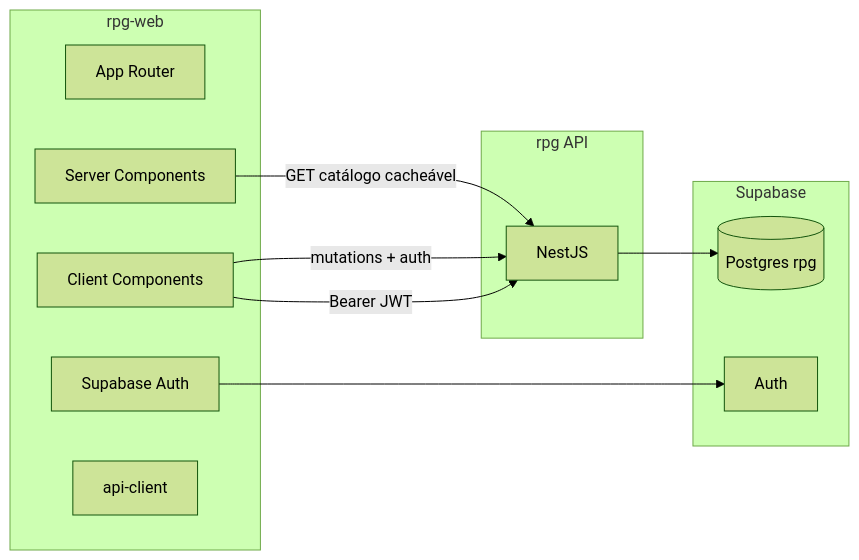
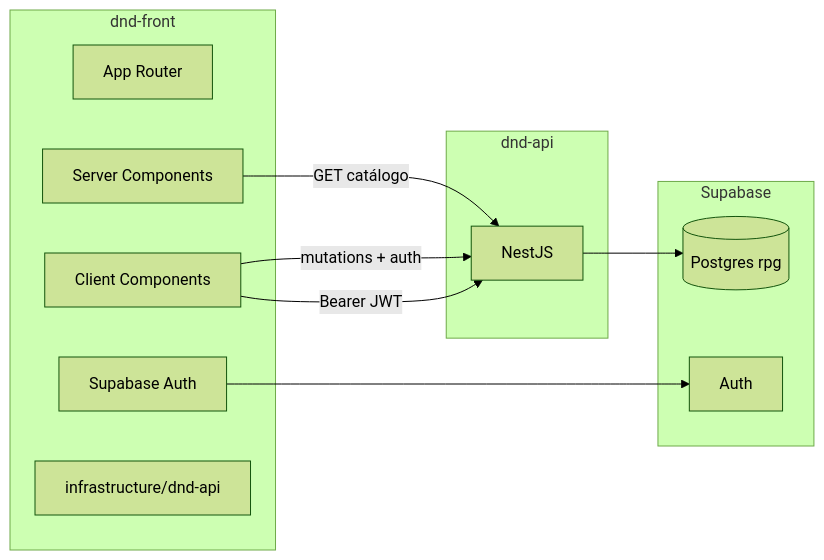
The diagram in docs/rpg-web-plan.md (Lucas-PB1/dnd-back), drawn with Mermaid (forest theme) before and after one commit. The commit also changed other lines of this file and 6 other files, not shown here.

First line of the commit message:
Refactor project structure and update documentation for dnd-api and dnd-front

````diff
--- a/docs/rpg-web-plan.md
+++ b/docs/rpg-web-plan.md
@@ -20,25 +43,25 @@
 ```mermaid
 flowchart LR
-  subgraph web [rpg-web]
+  subgraph front [dnd-front]
     UI[App Router]
     RSC[Server Components]
     Client[Client Components]
     SBClient[Supabase Auth]
-    APIClient[api-client]
+    APIClient[infrastructure/dnd-api]
   end
 
-  subgraph api [rpg API]
+  subgraph api [dnd-api]
     Nest[NestJS]
   end
 
   subgraph supa [Supabase]
     PG[(Postgres rpg)]
     Auth[Auth]
   end
 
-  RSC -->|GET catálogo cacheável| Nest
+  RSC -->|GET catálogo| Nest
   Client -->|mutations + auth| Nest
   SBClient --> Auth
   Client -->|Bearer JWT| Nest
   Nest --> PG
 ```
````
